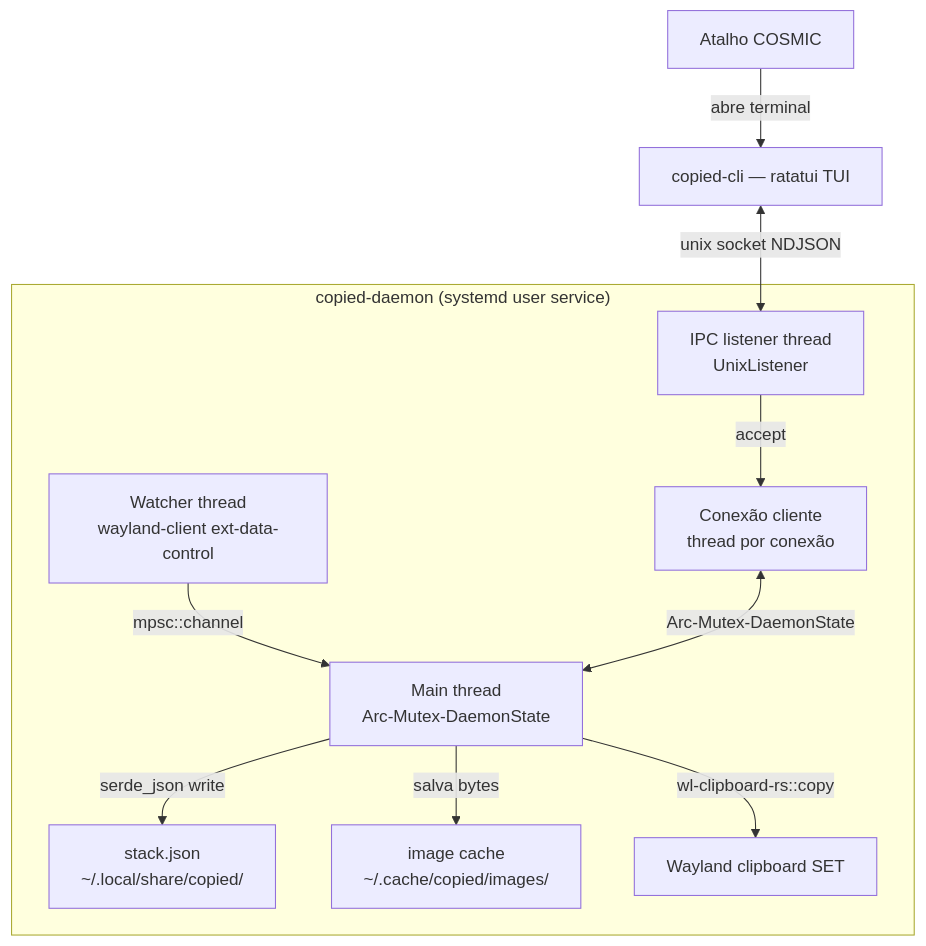
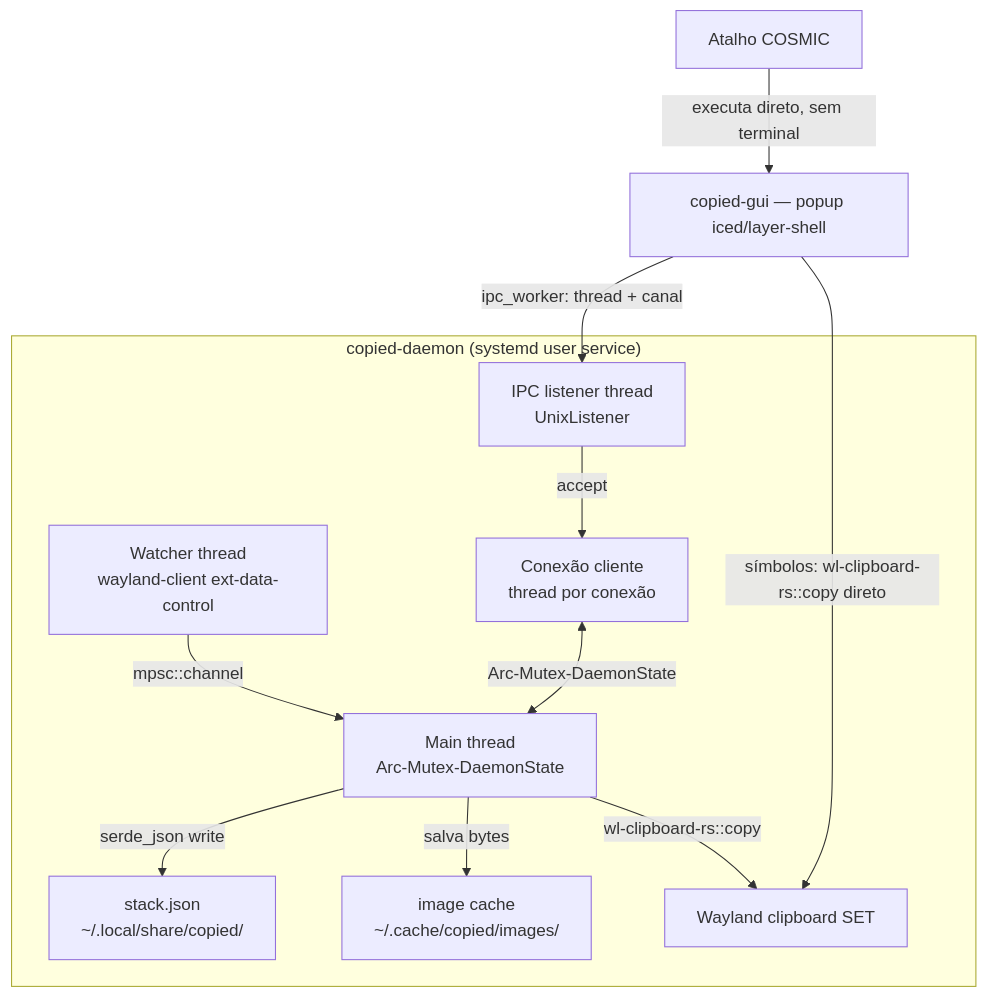
The diagram in .specs/codebase/ARCHITECTURE.md (marsc98/copied), drawn with Mermaid before and after one commit. The commit also changed other lines of this file and 5 other files, not shown here.

First line of the commit message:
docs(codebase): update brownfield docs for copied-gui migration

````diff
--- a/.specs/codebase/ARCHITECTURE.md
+++ b/.specs/codebase/ARCHITECTURE.md
@@ -7,14 +7,15 @@
 ```mermaid
 graph TD
     subgraph "copied-daemon (systemd user service)"
         W[Watcher thread<br/>wayland-client ext-data-control] -->|mpsc::channel| M[Main thread<br/>Arc-Mutex-DaemonState]
         M -->|serde_json write| P[stack.json<br/>~/.local/share/copied/]
         M -->|salva bytes| IC[image cache<br/>~/.cache/copied/images/]
         L[IPC listener thread<br/>UnixListener] -->|accept| C1[Conexão cliente<br/>thread por conexão]
         C1 <-->|Arc-Mutex-DaemonState| M
         M -->|wl-clipboard-rs::copy| WL[Wayland clipboard SET]
     end
 
-    KB[Atalho COSMIC] -->|abre terminal| CLI[copied-cli — ratatui TUI]
-    CLI <-->|unix socket NDJSON| L
+    KB[Atalho COSMIC] -->|executa direto, sem terminal| GUI[copied-gui — popup iced/layer-shell]
+    GUI -->|ipc_worker: thread + canal| L
+    GUI -->|símbolos: wl-clipboard-rs::copy direto| WL
 ```
````
